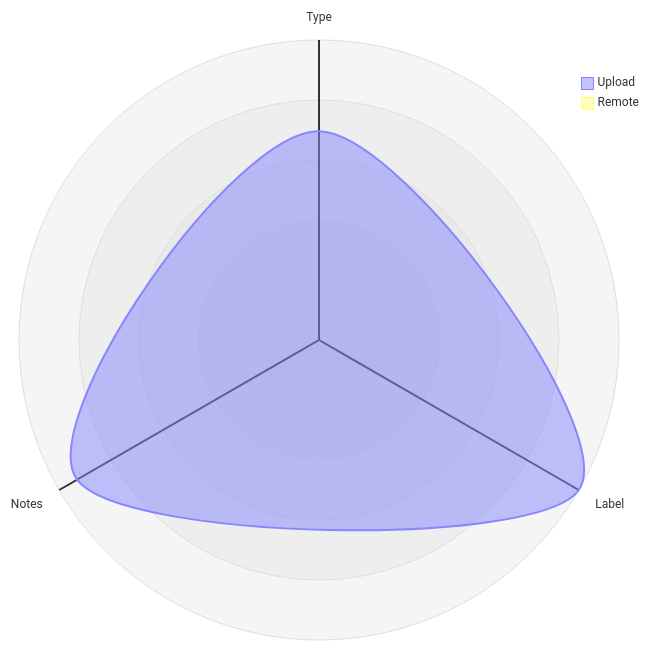
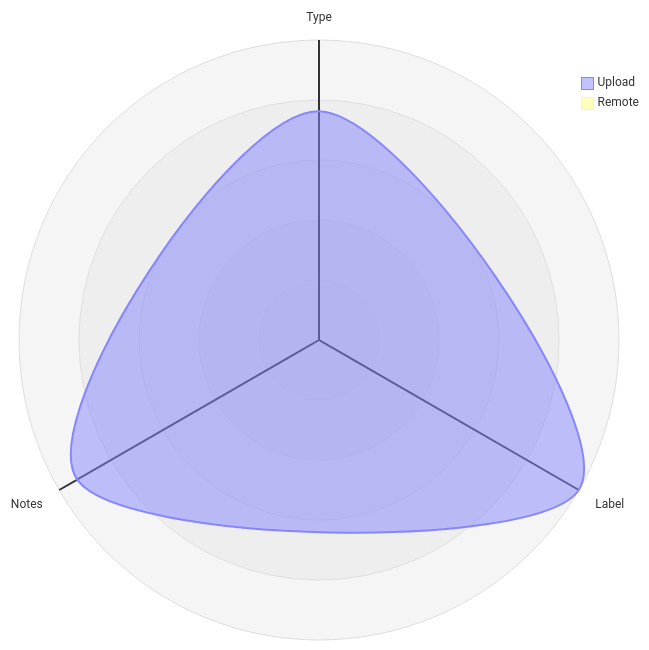
One commit to open-data/analytics-corporate-reporting changed the third of 5 diagrams in datastore_tracker/README.md. Above: the diagram before and after it, drawn with Mermaid. The commit also changed 8 other files, not shown here.

````diff
--- a/datastore_tracker/README.md
+++ b/datastore_tracker/README.md
@@ -107,12 +107,12 @@
 ```mermaid
 radar-beta
   axis T["Type"], L["Label"], N["Notes"]
-  curve u["Upload"]{0.00071, 0.00102, 0.00095}
+  curve u["Upload"]{0.00077, 0.00101, 0.00094}
   curve r["Remote"]{0, 0, 0}
 
   showLegend true
 
   min 0
   graticule circle
   ticks 5
 ```
````
